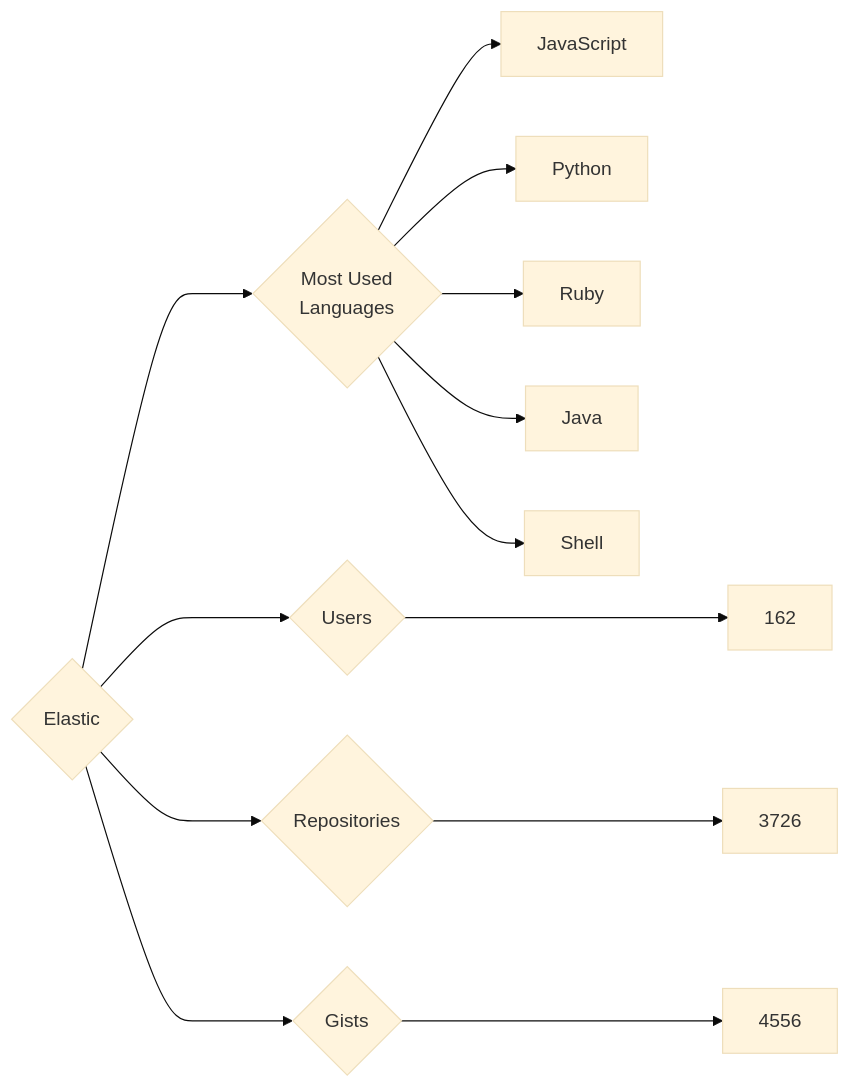
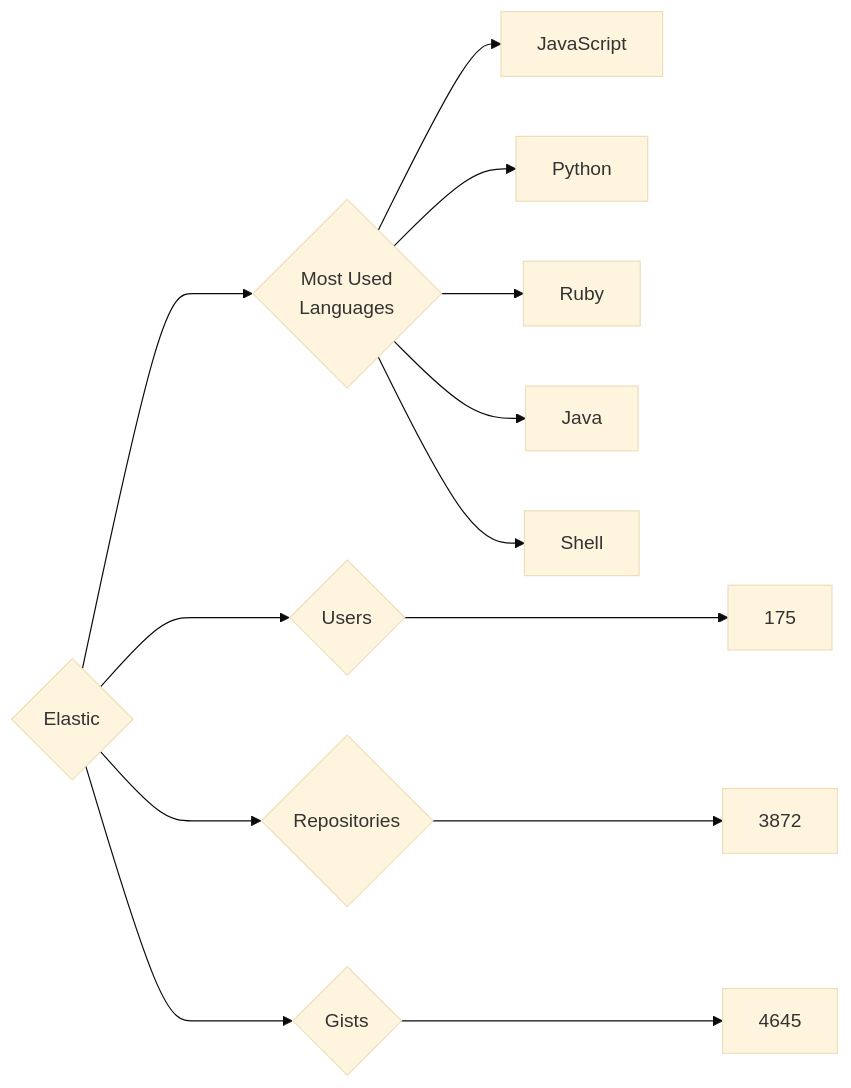
The diagram in targets/Elastic/README.md (trickest/insiders), drawn with Mermaid (base theme) before and after one commit. The commit also changed 951 other files, not shown here.

````diff
--- a/targets/Elastic/README.md
+++ b/targets/Elastic/README.md
@@ -3,13 +3,13 @@
 ```mermaid
 graph LR
 COMPANY_NAME{Elastic}
-COMPANY_NAME ---> U{Users} ---> UN[162]
-COMPANY_NAME ---> R{Repositories} ---> RN[3726]
-COMPANY_NAME ---> G{Gists} ---> GN[4556]
+COMPANY_NAME ---> U{Users} ---> UN[175]
+COMPANY_NAME ---> R{Repositories} ---> RN[3872]
+COMPANY_NAME ---> G{Gists} ---> GN[4645]
 COMPANY_NAME ---> ML{Most Used<br>Languages}
-ML --> JavaScript
-ML --> Python
-ML --> Ruby
-ML --> Java
-ML --> Shell
+ML --> JavaScript[JavaScript]
+ML --> Python[Python]
+ML --> Ruby[Ruby]
+ML --> Java[Java]
+ML --> Shell[Shell]
 ```
````
